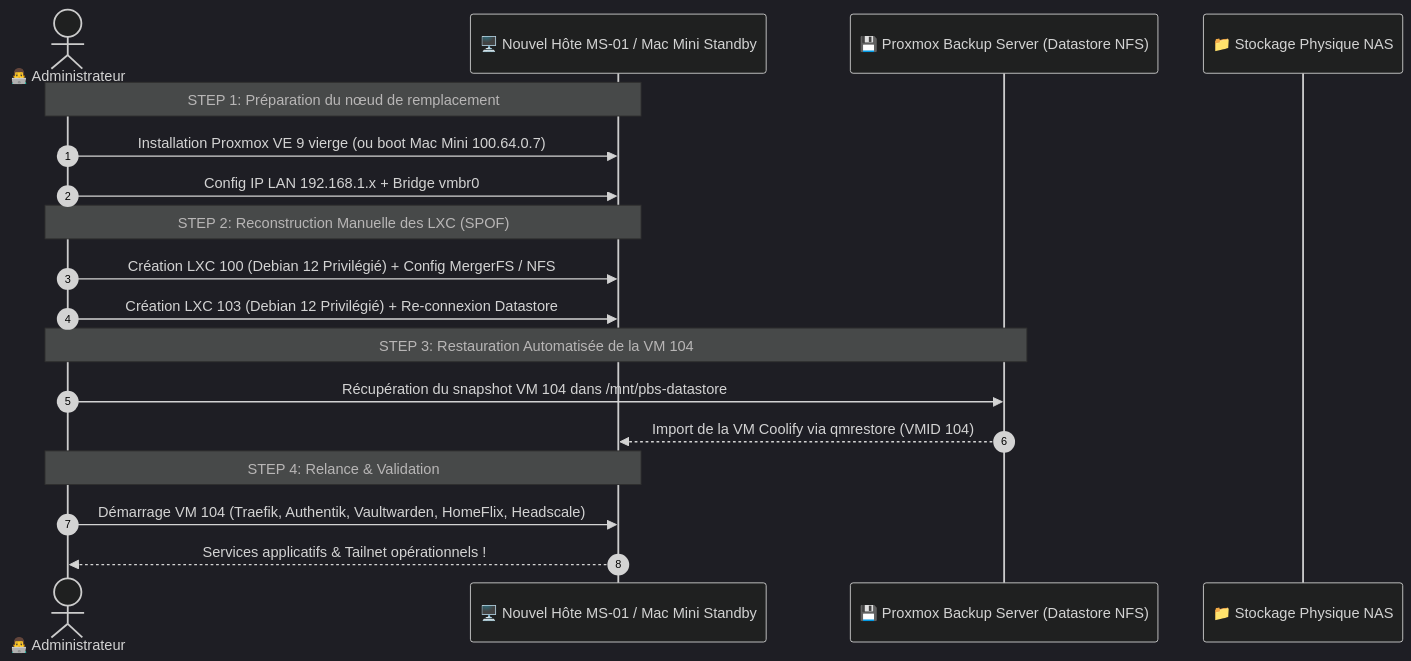
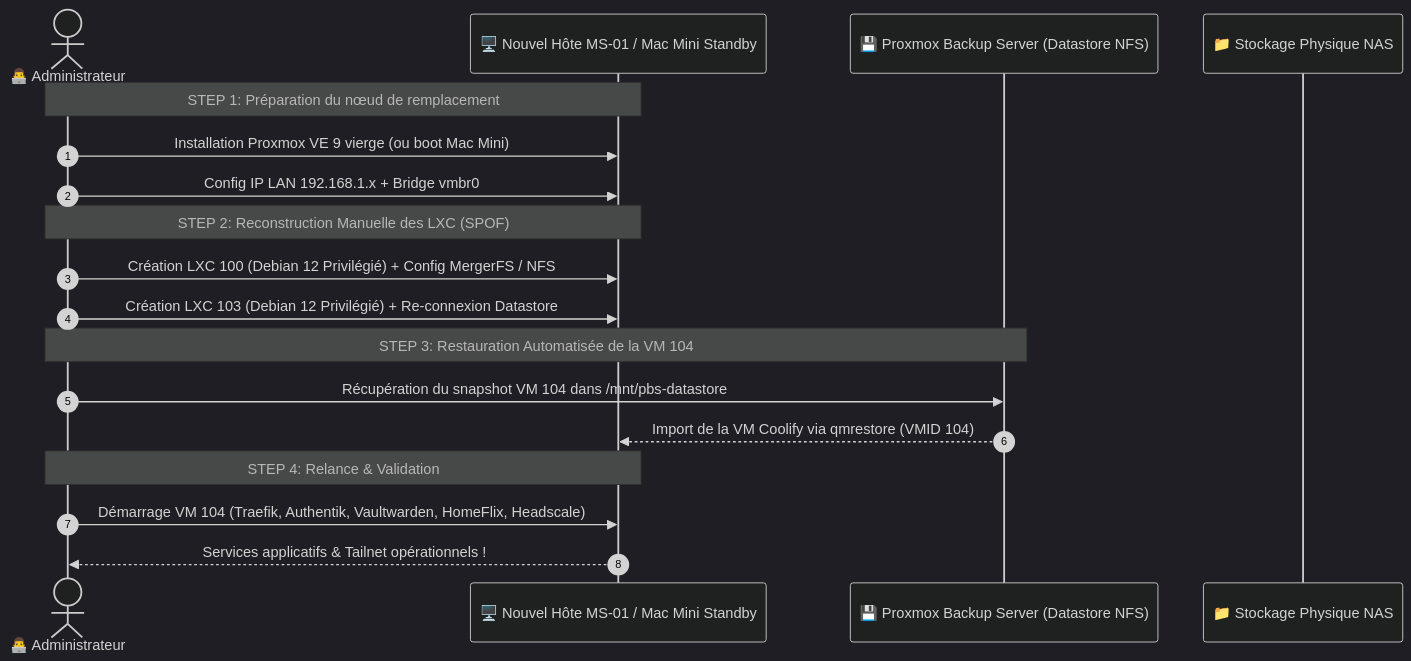
The diagram in procedures/plan-reprise-activite-pra.md (ims-world/docs), drawn with Mermaid (dark theme) before and after one commit. The commit also changed other lines of this file and 7 other files, not shown here.

Commit message:
feat(docs): application des 6 axes d'ameliorations Mintlify (Steps interactifs, CodeGroup, Frames sur schemas, Badges de statut et variables centralisees)

````diff
--- a/procedures/plan-reprise-activite-pra.md
+++ b/procedures/plan-reprise-activite-pra.md
@@ -28,24 +31,24 @@
 ```mermaid
 sequenceDiagram
     autonumber
     actor Admin as 👨‍💻 Administrateur
     participant Hardware as 🖥️ Nouvel Hôte MS-01 / Mac Mini Standby
     participant PBS as 💾 Proxmox Backup Server (Datastore NFS)
     participant NAS as 📁 Stockage Physique NAS
 
     Note over Admin,Hardware: STEP 1: Préparation du nœud de remplacement
-    Admin->>Hardware: Installation Proxmox VE 9 vierge (ou boot Mac Mini 100.64.0.7)
+    Admin->>Hardware: Installation Proxmox VE 9 vierge (ou boot Mac Mini)
     Admin->>Hardware: Config IP LAN 192.168.1.x + Bridge vmbr0
 
     Note over Admin,Hardware: STEP 2: Reconstruction Manuelle des LXC (SPOF)
     Admin->>Hardware: Création LXC 100 (Debian 12 Privilégié) + Config MergerFS / NFS
     Admin->>Hardware: Création LXC 103 (Debian 12 Privilégié) + Re-connexion Datastore
 
     Note over Admin,PBS: STEP 3: Restauration Automatisée de la VM 104
     Admin->>PBS: Récupération du snapshot VM 104 dans /mnt/pbs-datastore
     PBS-->>Hardware: Import de la VM Coolify via qmrestore (VMID 104)
 
     Note over Admin,Hardware: STEP 4: Relance & Validation
     Admin->>Hardware: Démarrage VM 104 (Traefik, Authentik, Vaultwarden, HomeFlix, Headscale)
     Hardware-->>Admin: Services applicatifs & Tailnet opérationnels !
 ```
````
